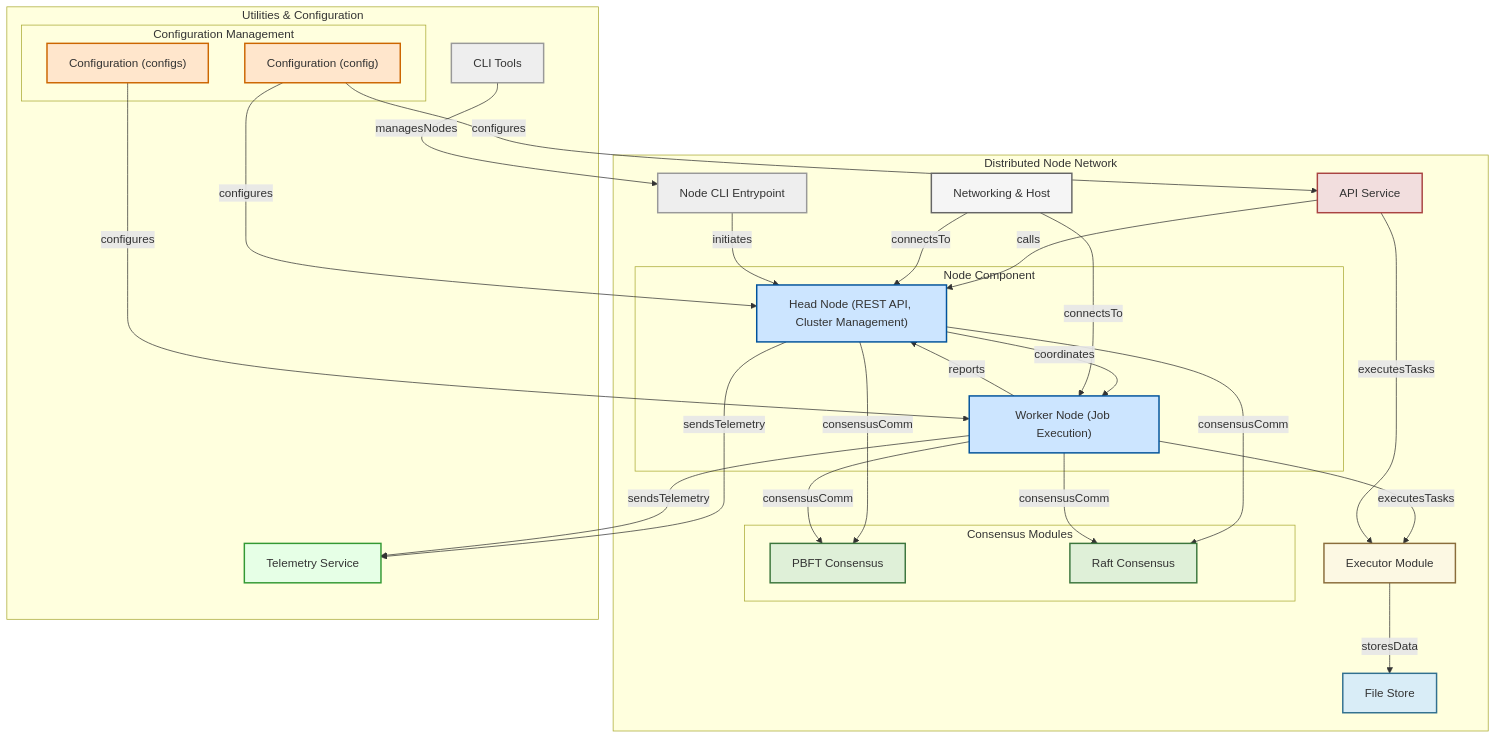
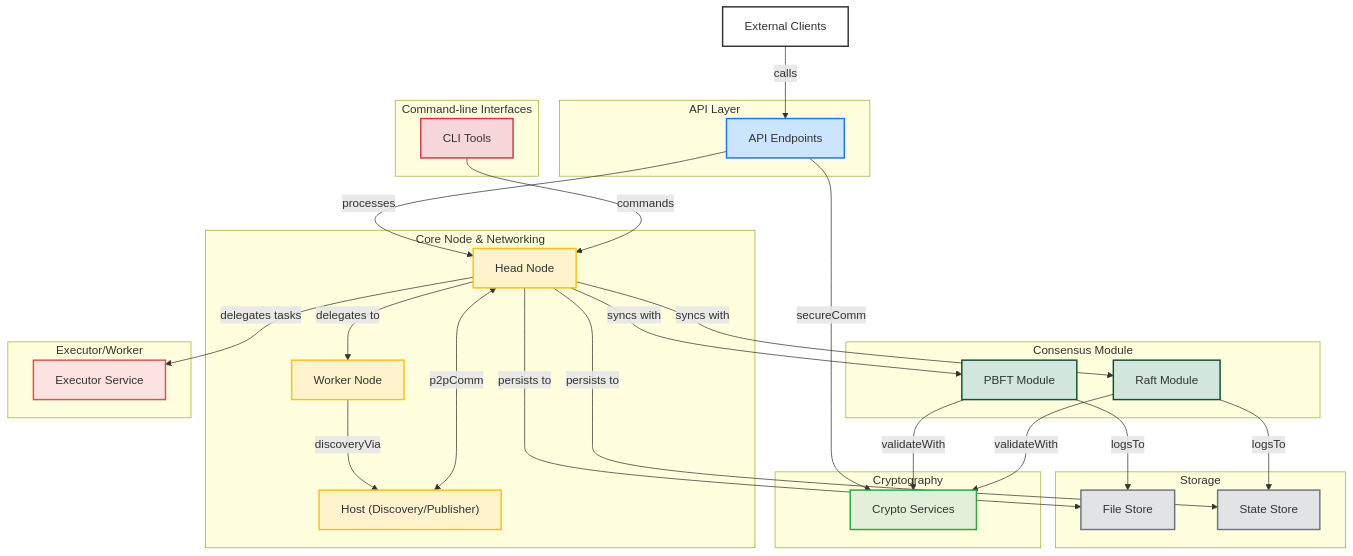
Before and after one commit to guanxing20/b7s: the diagram in README.md, drawn with Mermaid.

Commit message:
readme upd

````diff
--- a/README.md
+++ b/README.md
@@ -96,81 +96,85 @@
 ```mermaid
 flowchart TD
-    subgraph "Distributed Node Network"
-        NodeCLI["Node CLI Entrypoint"]:::cli
-        subgraph "Node Component"
-            HeadNode["Head Node (REST API, Cluster Management)"]:::node
-            WorkerNode["Worker Node (Job Execution)"]:::node
-        end
-        subgraph "Consensus Modules"
-            PBFT["PBFT Consensus"]:::consensus
-            Raft["Raft Consensus"]:::consensus
-        end
-        APIService["API Service"]:::api
-        Executor["Executor Module"]:::runtime
-        FileStore["File Store"]:::storage
-        Networking["Networking & Host"]:::network
+    %% External Entity
+    ExternalClients["External Clients"]:::external
+
+    %% API Layer
+    subgraph "API Layer"
+        API["API Endpoints"]:::api
     end
 
-    subgraph "Utilities & Configuration"
-        CLITools["CLI Tools"]:::cli
-        subgraph "Configuration Management"
-            ConfigPrimary["Configuration (config)"]:::config
-            ConfigSample["Configuration (configs)"]:::config
-        end
-        Telemetry["Telemetry Service"]:::telemetry
+    %% Consensus Module
+    subgraph "Consensus Module"
+        PBFT["PBFT Module"]:::consensus
+        Raft["Raft Module"]:::consensus
     end
 
-    %% Connections between nodes
-    APIService -->|"calls"| HeadNode
-    HeadNode -->|"coordinates"| WorkerNode
-    WorkerNode -->|"reports"| HeadNode
+    %% Core Node & Networking
+    subgraph "Core Node & Networking"
+        Head["Head Node"]:::node
+        Worker["Worker Node"]:::node
+        Host["Host (Discovery/Publisher)"]:::node
+    end
 
-    HeadNode -->|"consensusComm"| PBFT
-    HeadNode -->|"consensusComm"| Raft
-    WorkerNode -->|"consensusComm"| PBFT
-    WorkerNode -->|"consensusComm"| Raft
+    %% Executor/Worker
+    subgraph "Executor/Worker"
+        Executor["Executor Service"]:::executor
+    end
 
-    HeadNode -->|"sendsTelemetry"| Telemetry
-    WorkerNode -->|"sendsTelemetry"| Telemetry
+    %% Storage
+    subgraph "Storage"
+        FStore["File Store"]:::storage
+        Store["State Store"]:::storage
+    end
 
-    Networking -->|"connectsTo"| HeadNode
-    Networking -->|"connectsTo"| WorkerNode
+    %% Cryptography
+    subgraph "Cryptography"
+        Crypto["Crypto Services"]:::crypto
+    end
 
-    WorkerNode -->|"executesTasks"| Executor
-    Executor -->|"storesData"| FileStore
+    %% Command-line Interfaces
+    subgraph "Command-line Interfaces"
+        CLI["CLI Tools"]:::cli
+    end
 
-    CLITools -->|"managesNodes"| NodeCLI
-    NodeCLI -->|"initiates"| HeadNode
-
-    ConfigPrimary -->|"configures"| HeadNode
-    ConfigSample -->|"configures"| WorkerNode
-    ConfigPrimary -->|"configures"| APIService
-
-    APIService -->|"executesTasks"| Executor
+    %% Connections
+    ExternalClients -->|"calls"| API
+    API -->|"processes"| Head
+    Head -->|"delegates to"| Worker
+    Head -->|"syncs with"| PBFT
+    Head -->|"syncs with"| Raft
+    Head -->|"delegates tasks"| Executor
+    Head -->|"persists to"| FStore
+    Head -->|"persists to"| Store
+    API -->|"secureComm"| Crypto
+    PBFT -->|"validateWith"| Crypto
+    Raft -->|"validateWith"| Crypto
+    Worker -->|"discoveryVia"| Host
+    Host <-->|"p2pComm"| Head
+    PBFT -->|"logsTo"| FStore
+    Raft -->|"logsTo"| Store
+    CLI -->|"commands"| Head
 
     %% Click Events
-    click HeadNode "https://github.com/blessnetwork/b7s/tree/main/node/head"
-    click WorkerNode "https://github.com/blessnetwork/b7s/tree/main/node/worker"
-    click NodeCLI "https://github.com/blessnetwork/b7s/tree/main/cmd/node"
-    click PBFT "https://github.com/blessnetwork/b7s/tree/main/consensus/pbft"
-    click Raft "https://github.com/blessnetwork/b7s/tree/main/consensus/raft"
-    click APIService "https://github.com/blessnetwork/b7s/tree/main/api/"
+    click API "https://github.com/blessnetwork/b7s/tree/main/api/"
+    click PBFT "https://github.com/blessnetwork/b7s/tree/main/consensus/pbft/"
+    click Raft "https://github.com/blessnetwork/b7s/tree/main/consensus/raft/"
+    click Head "https://github.com/blessnetwork/b7s/tree/main/node/"
+    click Worker "https://github.com/blessnetwork/b7s/tree/main/node/"
+    click Host "https://github.com/blessnetwork/b7s/tree/main/host/"
     click Executor "https://github.com/blessnetwork/b7s/tree/main/executor/"
-    click FileStore "https://github.com/blessnetwork/b7s/tree/main/fstore/"
-    click Networking "https://github.com/blessnetwork/b7s/tree/main/host/"
-    click CLITools "https://github.com/blessnetwork/b7s/tree/main/cmd/"
-    click ConfigPrimary "https://github.com/blessnetwork/b7s/tree/main/config/"
-    click ConfigSample "https://github.com/blessnetwork/b7s/tree/main/configs/"
-    click Telemetry "https://github.com/blessnetwork/b7s/tree/main/telemetry/"
+    click FStore "https://github.com/blessnetwork/b7s/tree/main/fstore/"
+    click Store "https://github.com/blessnetwork/b7s/tree/main/store/"
+    click Crypto "https://github.com/blessnetwork/b7s/tree/main/crypto/"
+    click CLI "https://github.com/blessnetwork/b7s/tree/main/cmd/"
 
     %% Styles
-    classDef node fill:#cce5ff,stroke:#00529B,stroke-width:2px;
-    classDef consensus fill:#dff0d8,stroke:#3c763d,stroke-width:2px;
-    classDef api fill:#f2dede,stroke:#a94442,stroke-width:2px;
-    classDef runtime fill:#fcf8e3,stroke:#8a6d3b,stroke-width:2px;
-    classDef storage fill:#d9edf7,stroke:#31708f,stroke-width:2px;
-    classDef network fill:#f5f5f5,stroke:#666666,stroke-width:2px;
-    classDef cli fill:#eeeeee,stroke:#999999,stroke-width:2px;
-    classDef config fill:#ffe6cc,stroke:#cc6600,stroke-width:2px;
-    classDef telemetry fill:#e6ffe6,stroke:#339933,stroke-width:2px;
+    classDef external fill:#fefefe,stroke:#333,stroke-width:2px;
+    classDef api fill:#cce5ff,stroke:#1a75ff,stroke-width:2px;
+    classDef consensus fill:#d1e7dd,stroke:#0f5132,stroke-width:2px;
+    classDef node fill:#fff3cd,stroke:#ffc107,stroke-width:2px;
+    classDef executor fill:#fde2e2,stroke:#d9534f,stroke-width:2px;
+    classDef storage fill:#e2e3e5,stroke:#6c757d,stroke-width:2px;
+    classDef crypto fill:#e2f0d9,stroke:#28a745,stroke-width:2px;
+    classDef cli fill:#f8d7da,stroke:#dc3545,stroke-width:2px;
 ```
````
